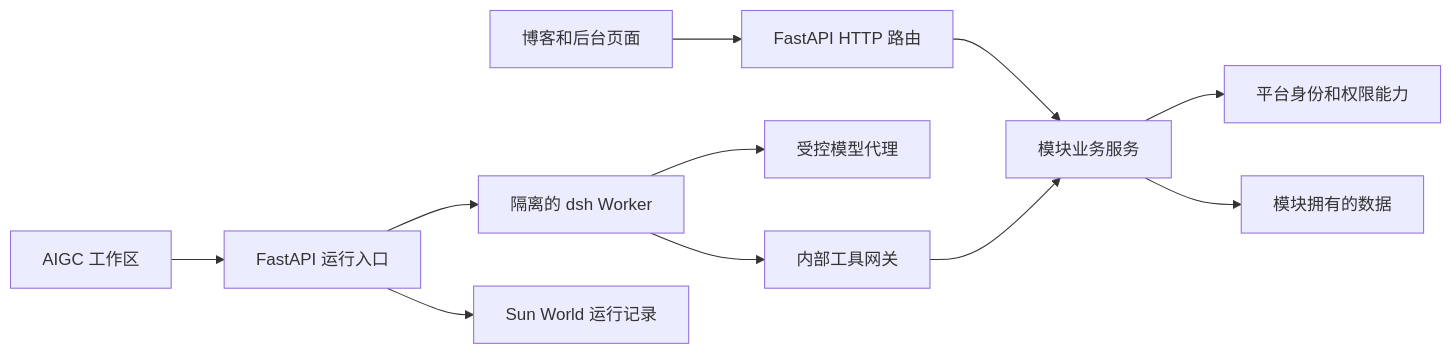
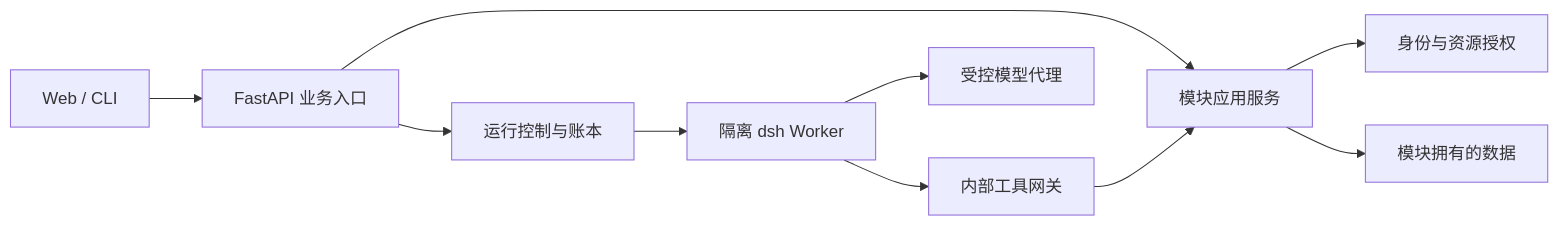
The diagram in docs/architecture/agent-module-platform.md (ZhangNoName/sun-world), drawn with Mermaid before and after one commit. The commit also changed other lines of this file and 16 other files, not shown here.

````diff
--- a/docs/architecture/agent-module-platform.md
+++ b/docs/architecture/agent-module-platform.md
@@ -11,13 +24,12 @@
 ```mermaid
 flowchart LR
-    Web[博客和后台页面] --> HTTP[FastAPI HTTP 路由]
-    Chat[AIGC 工作区] --> Runs[FastAPI 运行入口]
-    Runs --> Worker[隔离的 dsh Worker]
-    Worker --> Model[受控模型代理]
-    Worker --> Gateway[内部工具网关]
-    HTTP --> Service[模块业务服务]
-    Gateway --> Service
-    Service --> Policy[平台身份和权限能力]
-    Service --> Data[模块拥有的数据]
-    Runs --> Journal[Sun World 运行记录]
+  Web[Web / CLI] --> API[FastAPI 业务入口]
+  API --> Run[运行控制与账本]
+  Run --> Worker[隔离 dsh Worker]
+  Worker --> Gateway[内部工具网关]
+  Worker --> Proxy[受控模型代理]
+  API --> Service[模块应用服务]
+  Gateway --> Service
+  Service --> Policy[身份与资源授权]
+  Service --> Data[模块拥有的数据]
 ```
````
